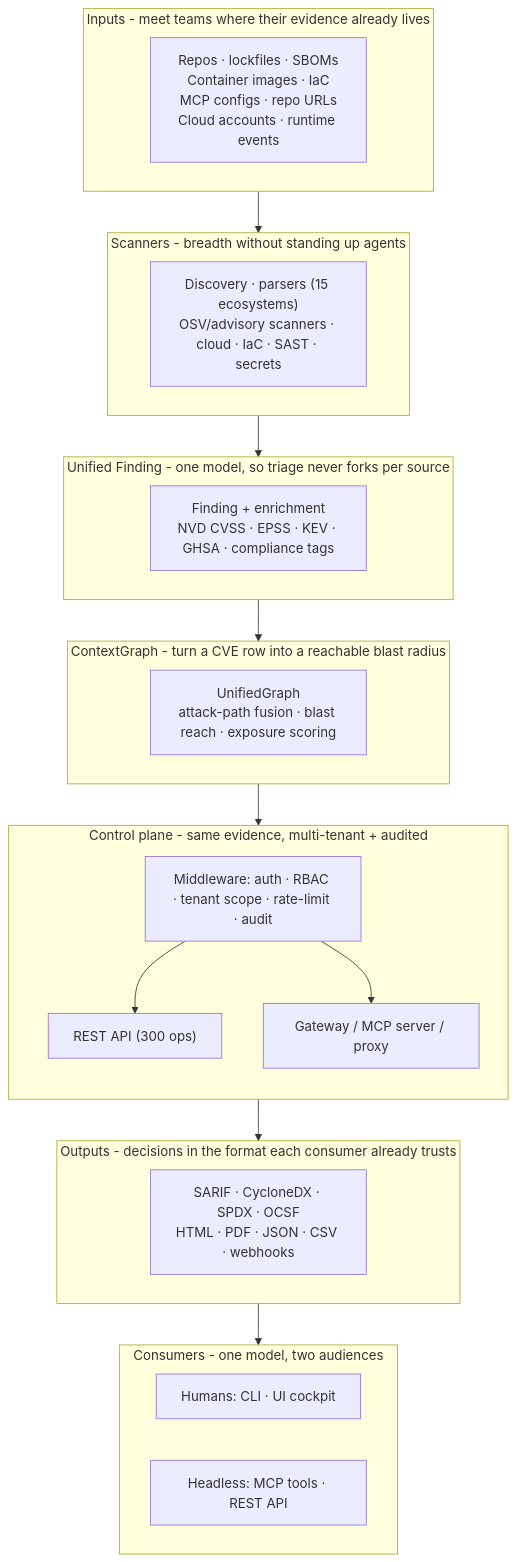
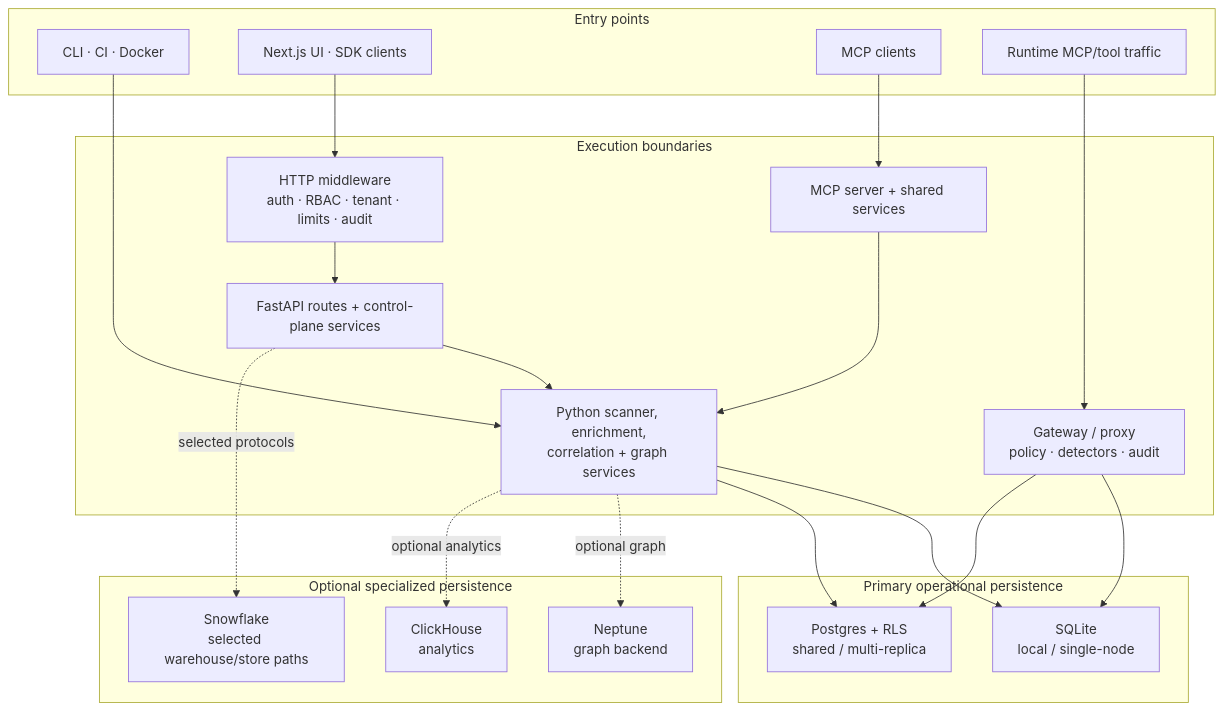
One commit to msaad00/agent-bom changed the second of 8 diagrams in docs/ARCHITECTURE.md. Above: the diagram before and after it, drawn with Mermaid. The commit also changed other lines of this file and 2 other files, not shown here.

Commit message:
docs(readme): make public proof concise and architecture-accurate

````diff
--- a/docs/ARCHITECTURE.md
+++ b/docs/ARCHITECTURE.md
@@ -61,32 +62,37 @@
 ```mermaid
 flowchart TB
-    subgraph L1["Inputs - meet teams where their evidence already lives"]
-        IN["Repos · lockfiles · SBOMs\nContainer images · IaC\nMCP configs · repo URLs\nCloud accounts · runtime events"]
+    subgraph entry["Entry points"]
+        CLI["CLI · CI · Docker"]
+        UI["Next.js UI · SDK clients"]
+        MCP["MCP clients"]
+        TRAFFIC["Runtime MCP/tool traffic"]
     end
-    subgraph L2["Scanners - breadth without standing up agents"]
-        SC["Discovery · parsers (15 ecosystems)\nOSV/advisory scanners · cloud · IaC · SAST · secrets"]
+    subgraph execution["Execution boundaries"]
+        CORE["Python scanner, enrichment,\ncorrelation + graph services"]
+        MW["HTTP middleware\nauth · RBAC · tenant · limits · audit"]
+        API["FastAPI routes + control-plane services"]
+        MCPS["MCP server + shared services"]
+        GATE["Gateway / proxy\npolicy · detectors · audit"]
     end
-    subgraph L3["Unified Finding - one model, so triage never forks per source"]
-        FD["Finding + enrichment\nNVD CVSS · EPSS · KEV · GHSA · compliance tags"]
+    subgraph operational["Primary operational persistence"]
+        SQLITE["SQLite\nlocal / single-node"]
+        POSTGRES["Postgres + RLS\nshared / multi-replica"]
     end
-    subgraph L4["ContextGraph - turn a CVE row into a reachable blast radius"]
-        GR["UnifiedGraph\nattack-path fusion · blast reach · exposure scoring"]
-    end
-    subgraph L5["Control plane - same evidence, multi-tenant + audited"]
-        direction TB
-        MW["Middleware: auth · RBAC · tenant scope · rate-limit · audit"]
-        API["REST API (300 ops)"]
-        GW["Gateway / MCP server / proxy"]
-        MW --> API
-        MW --> GW
-    end
-    subgraph L6["Outputs - decisions in the format each consumer already trusts"]
-        OUT["SARIF · CycloneDX · SPDX · OCSF\nHTML · PDF · JSON · CSV · webhooks"]
-    end
-    subgraph L7["Consumers - one model, two audiences"]
-        HUM["Humans: CLI · UI cockpit"]
-        AG["Headless: MCP tools · REST API"]
+    subgraph optional["Optional specialized persistence"]
+        NEPTUNE["Neptune\ngraph backend"]
+        CLICKHOUSE["ClickHouse\nanalytics"]
+        SNOWFLAKE["Snowflake\nselected warehouse/store paths"]
     end
 
-    L1 --> L2 --> L3 --> L4 --> L5 --> L6 --> L7
+    CLI --> CORE
+    UI --> MW --> API --> CORE
+    MCP --> MCPS --> CORE
+    TRAFFIC --> GATE
+    CORE --> SQLITE
+    CORE --> POSTGRES
+    GATE --> SQLITE
+    GATE --> POSTGRES
+    CORE -. optional graph .-> NEPTUNE
+    CORE -. optional analytics .-> CLICKHOUSE
+    API -. selected protocols .-> SNOWFLAKE
 ```
````
